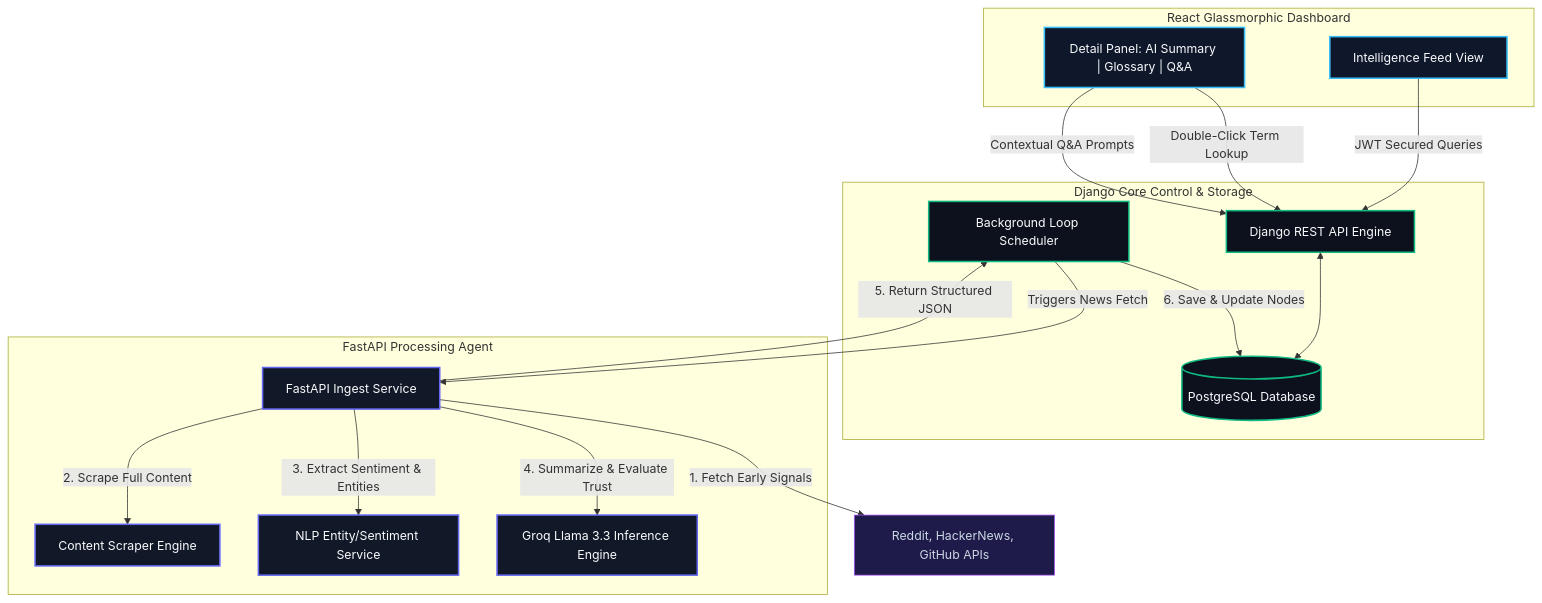
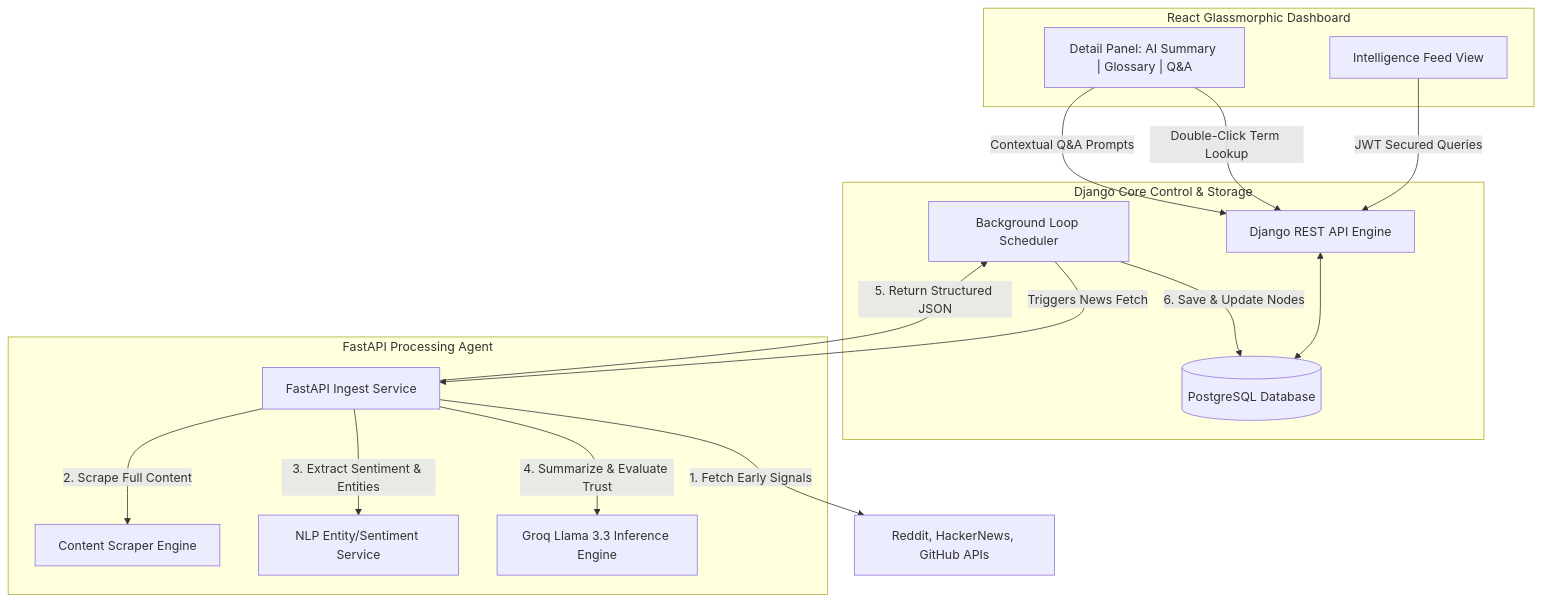
The diagram in README.md (SHAIK-FIRDOS-01/SignalReport-Enterprise-AI-News-Analyst), drawn with Mermaid before and after one commit.

Commit message:
Remove color from Mermaid diagram

````diff
--- a/README.md
+++ b/README.md
@@ -28,38 +28,33 @@
 ```mermaid
 graph TD
-    classDef frontend fill:#0f172a,stroke:#38bdf8,stroke-width:2px,color:#f8fafc;
-    classDef backend fill:#0c111d,stroke:#10b981,stroke-width:2px,color:#f8fafc;
-    classDef service fill:#111827,stroke:#6366f1,stroke-width:2px,color:#f8fafc;
-    classDef external fill:#1e1b4b,stroke:#a855f7,stroke-width:1px,color:#cbd5e1;
-
     subgraph FE [React Glassmorphic Dashboard]
-        Dashboard["Intelligence Feed View"]:::frontend
-        Drawer["Detail Panel: AI Summary | Glossary | Q&A"]:::frontend
+        Dashboard["Intelligence Feed View"]
+        Drawer["Detail Panel: AI Summary | Glossary | Q&A"]
     end
 
     subgraph BE [Django Core Control & Storage]
-        API["Django REST API Engine"]:::backend
-        DB[(PostgreSQL Database)]:::backend
-        Scheduler["Background Loop Scheduler"]:::backend
+        API["Django REST API Engine"]
+        DB[(PostgreSQL Database)]
+        Scheduler["Background Loop Scheduler"]
     end
 
     subgraph MS [FastAPI Processing Agent]
-        FastAPIApp["FastAPI Ingest Service"]:::service
-        Scraper["Content Scraper Engine"]:::service
-        NLP["NLP Entity/Sentiment Service"]:::service
-        Groq["Groq Llama 3.3 Inference Engine"]:::service
+        FastAPIApp["FastAPI Ingest Service"]
+        Scraper["Content Scraper Engine"]
+        NLP["NLP Entity/Sentiment Service"]
+        Groq["Groq Llama 3.3 Inference Engine"]
     end
 
     Dashboard -->|JWT Secured Queries| API
     Drawer -->|Double-Click Term Lookup| API
     Drawer -->|Contextual Q&A Prompts| API
     API <--> DB
     
     Scheduler -->|Triggers News Fetch| FastAPIApp
-    FastAPIApp -->|1. Fetch Early Signals| Sources["Reddit, HackerNews, GitHub APIs"]:::external
+    FastAPIApp -->|1. Fetch Early Signals| Sources["Reddit, HackerNews, GitHub APIs"]
     FastAPIApp -->|2. Scrape Full Content| Scraper
     FastAPIApp -->|3. Extract Sentiment & Entities| NLP
     FastAPIApp -->|4. Summarize & Evaluate Trust| Groq
     FastAPIApp -->|5. Return Structured JSON| Scheduler
     Scheduler -->|6. Save & Update Nodes| DB
 ```
````
